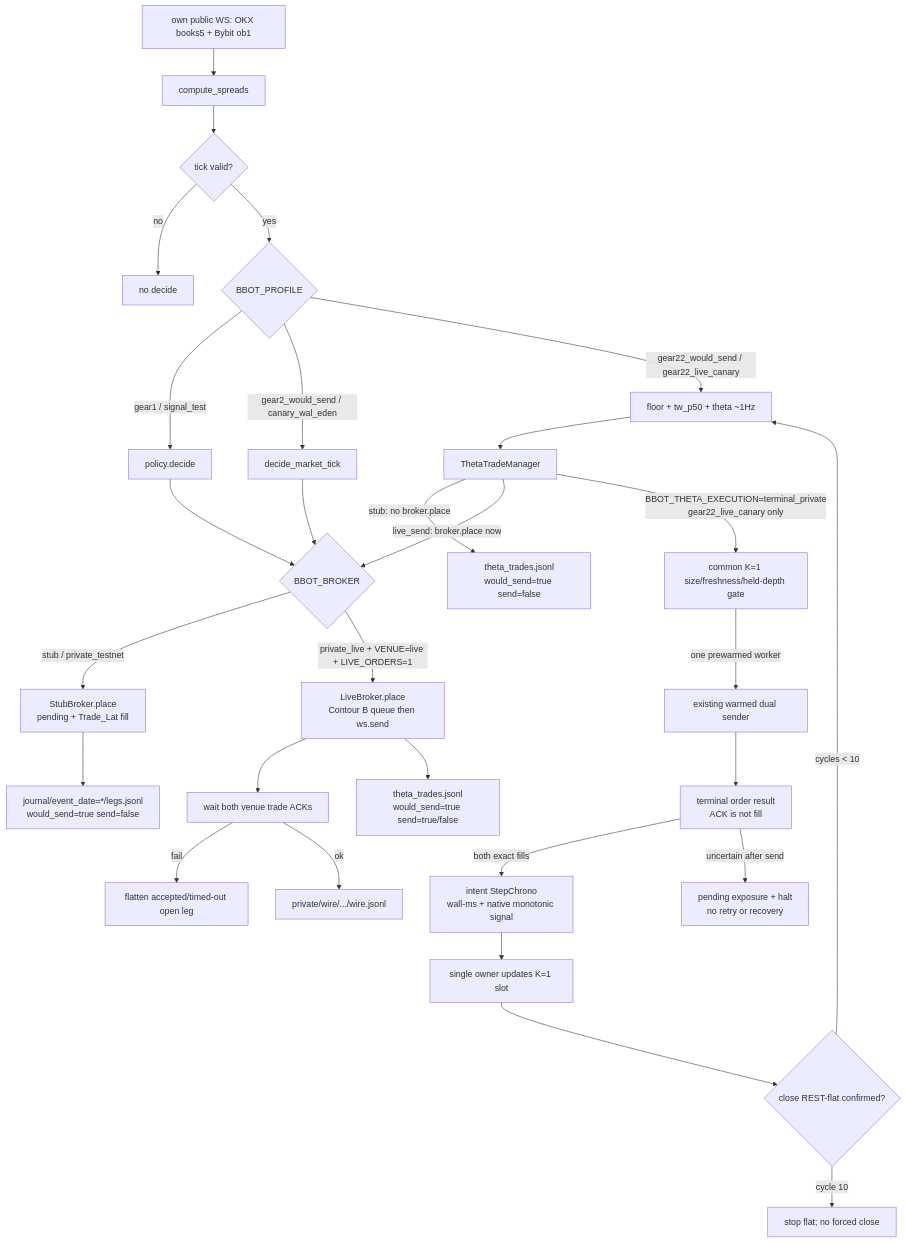
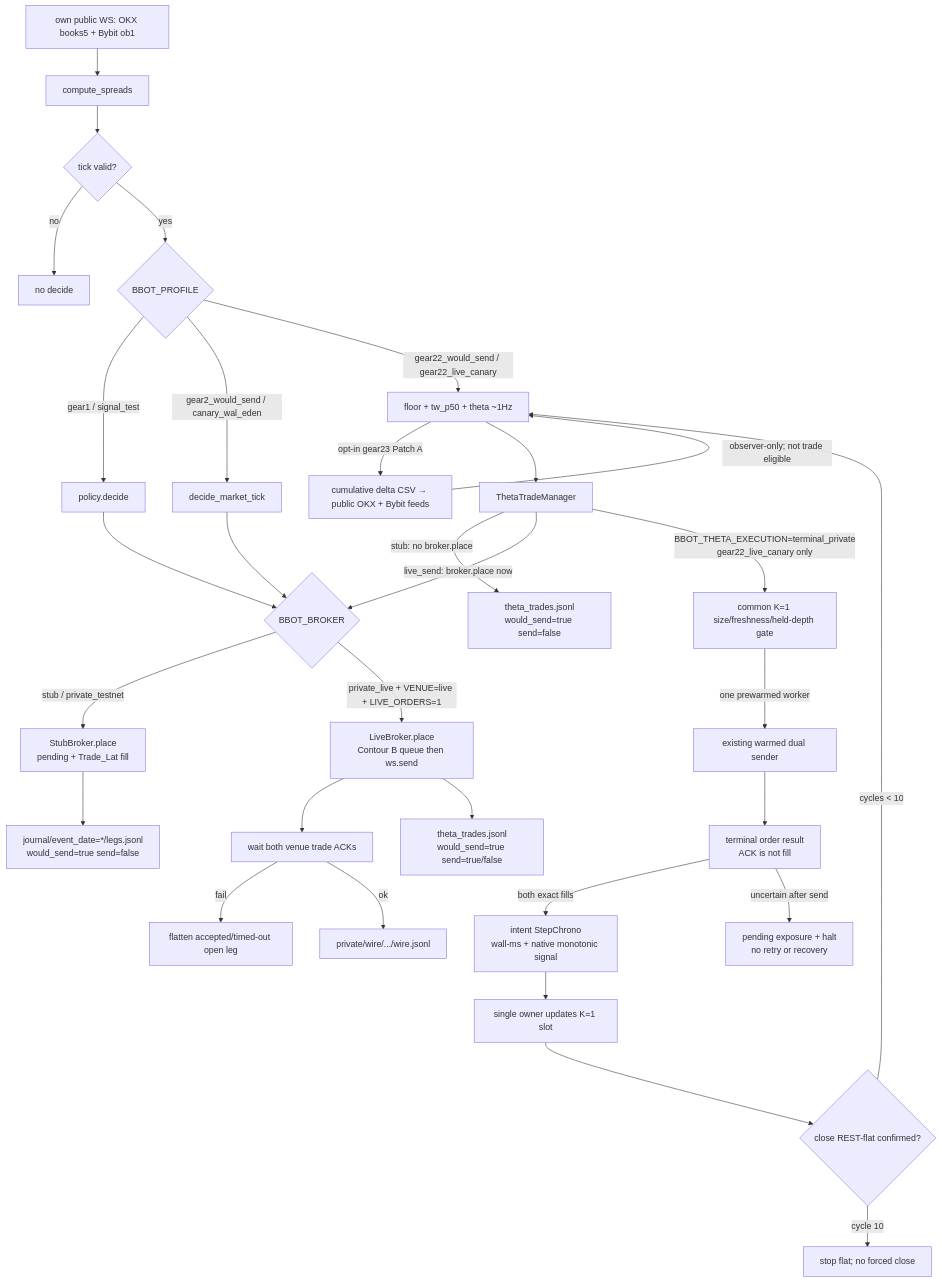
One commit to anabol21/arb_bots changed the third of 3 diagrams in architecture.md. Above: the diagram before and after it, drawn with Mermaid. The commit also changed other lines of this file and 7 other files, not shown here.

Commit message:
feat: add Gear 2.3 public dynamic pool

````diff
--- a/architecture.md
+++ b/architecture.md
@@ -199,35 +199,37 @@
 ```mermaid
 flowchart TB
   books[own public WS: OKX books5 + Bybit ob1]
   books --> spreads[compute_spreads]
   spreads --> valid{tick valid?}
   valid -->|no| drop[no decide]
   valid -->|yes| profile{BBOT_PROFILE}
 
   profile -->|gear1 / signal_test| tickDecide["policy.decide"]
   profile -->|gear2_would_send / canary_wal_eden| mktDecide["decide_market_tick"]
   profile -->|gear22_would_send / gear22_live_canary| observers["floor + tw_p50 + theta ~1Hz"]
+  observers -->|opt-in gear23 Patch A| pool["cumulative delta CSV → public OKX + Bybit feeds"]
+  pool -->|observer-only; not trade eligible| observers
   observers --> thetaDec["ThetaTradeManager"]
   tickDecide --> place
   mktDecide --> place
   thetaDec -->|stub: no broker.place| thetaJ["theta_trades.jsonl\nwould_send=true send=false"]
   thetaDec -->|live_send: broker.place now| place
   thetaDec -->|BBOT_THETA_EXECUTION=terminal_private\ngear22_live_canary only| canaryGate["common K=1 size/freshness/held-depth gate"]
   canaryGate -->|one prewarmed worker| privateSend["existing warmed dual sender"]
   privateSend --> terminal["terminal order result\nACK is not fill"]
   terminal -->|both exact fills| journal["intent StepChrono\nwall-ms + native monotonic signal"]
   journal --> slot["single owner updates K=1 slot"]
   slot --> flat{"close REST-flat confirmed?"}
   flat -->|cycles < 10| observers
   flat -->|cycle 10| stop["stop flat; no forced close"]
   terminal -->|uncertain after send| halt["pending exposure + halt\nno retry or recovery"]
 
   place{BBOT_BROKER}
   place -->|stub / private_testnet| stub["StubBroker.place\npending + Trade_Lat fill"]
   stub --> legs["journal/event_date=*/legs.jsonl\nwould_send=true send=false"]
   place -->|private_live + VENUE=live + LIVE_ORDERS=1| live["LiveBroker.place\nContour B queue then ws.send"]
   live --> ack[wait both venue trade ACKs]
   ack -->|fail| flatten[flatten accepted/timed-out open leg]
   ack -->|ok| wire["private/wire/.../wire.jsonl"]
   live --> thetaLive["theta_trades.jsonl\nwould_send=true send=true/false"]
 ```
````
